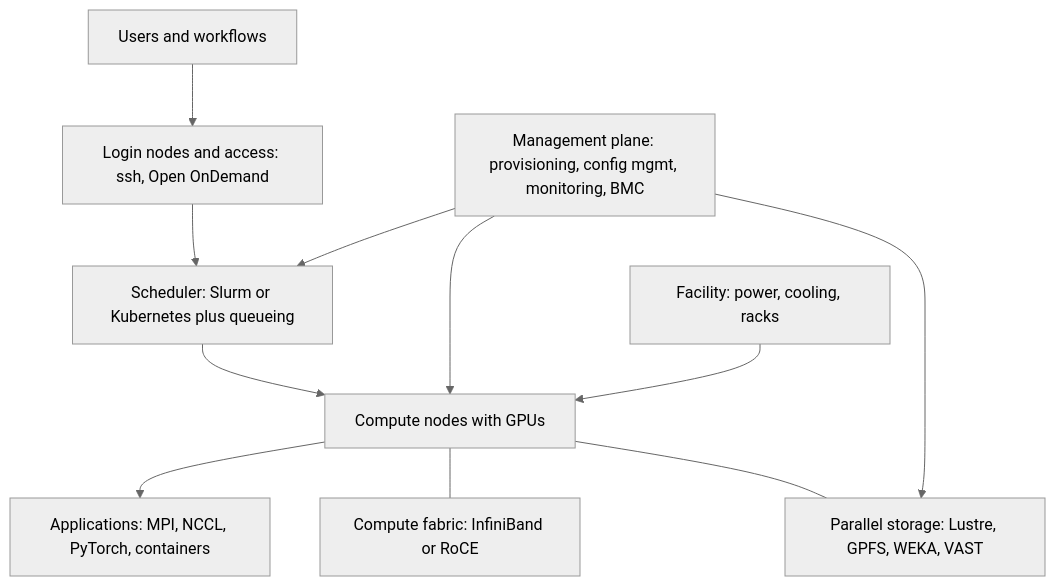
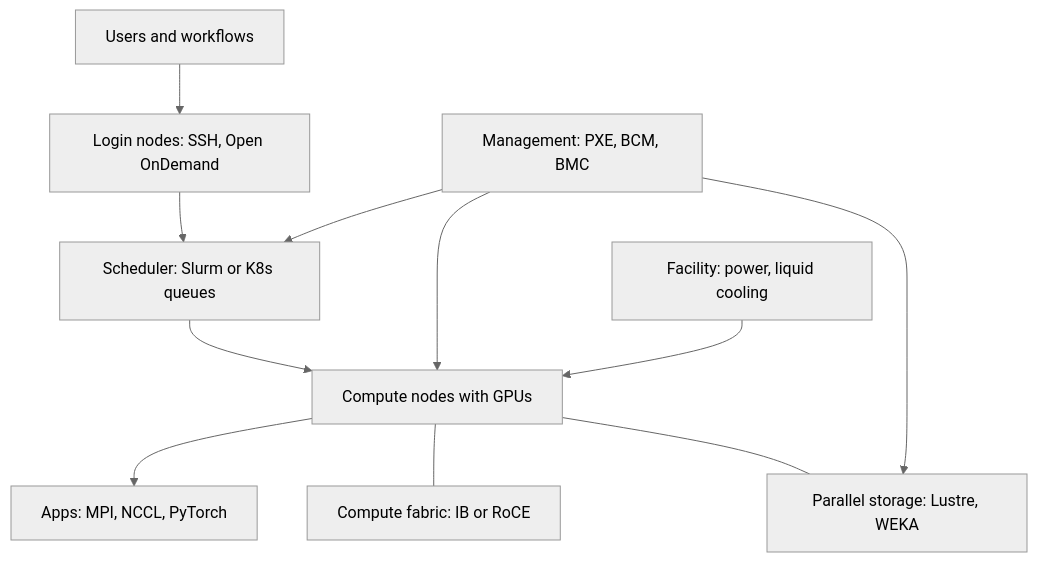
One commit to jithinpnjm/ai-infra-handbook changed the diagram in docs/part-06-hpc-slurm/01-what-a-supercomputer-is-top500-linpack-hpc-versus-ai-factory.md. Above: the diagram before and after it, drawn with Mermaid (neutral theme). The commit also changed other lines of this file and 7 other files, not shown here.

````diff
--- a/docs/part-06-hpc-slurm/01-what-a-supercomputer-is-top500-linpack-hpc-versus-ai-factory.md
+++ b/docs/part-06-hpc-slurm/01-what-a-supercomputer-is-top500-linpack-hpc-versus-ai-factory.md
@@ -225,14 +314,14 @@
 ```mermaid
 flowchart TB
   U[Users and workflows]
-  U --> L[Login nodes and access: ssh, Open OnDemand]
-  L --> S[Scheduler: Slurm or Kubernetes plus queueing]
+  U --> L[Login nodes: SSH, Open OnDemand]
+  L --> S[Scheduler: Slurm or K8s queues]
   S --> C[Compute nodes with GPUs]
-  C --> A[Applications: MPI, NCCL, PyTorch, containers]
-  C --- F[Compute fabric: InfiniBand or RoCE]
-  C --- P[Parallel storage: Lustre, GPFS, WEKA, VAST]
-  M[Management plane: provisioning, config mgmt, monitoring, BMC] --> C
+  C --> A[Apps: MPI, NCCL, PyTorch]
+  C --- F[Compute fabric: IB or RoCE]
+  C --- P[Parallel storage: Lustre, WEKA]
+  M[Management: PXE, BCM, BMC] --> C
   M --> S
   M --> P
-  FAC[Facility: power, cooling, racks] --> C
+  FAC[Facility: power, liquid cooling] --> C
 ```
````
